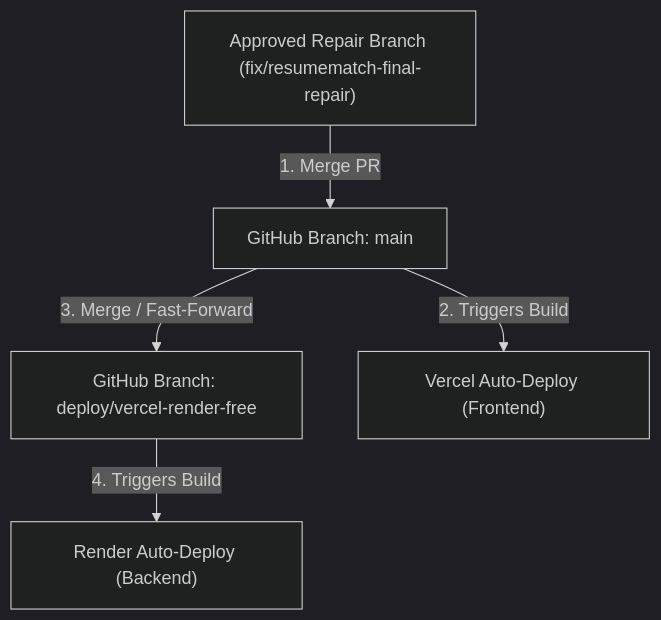
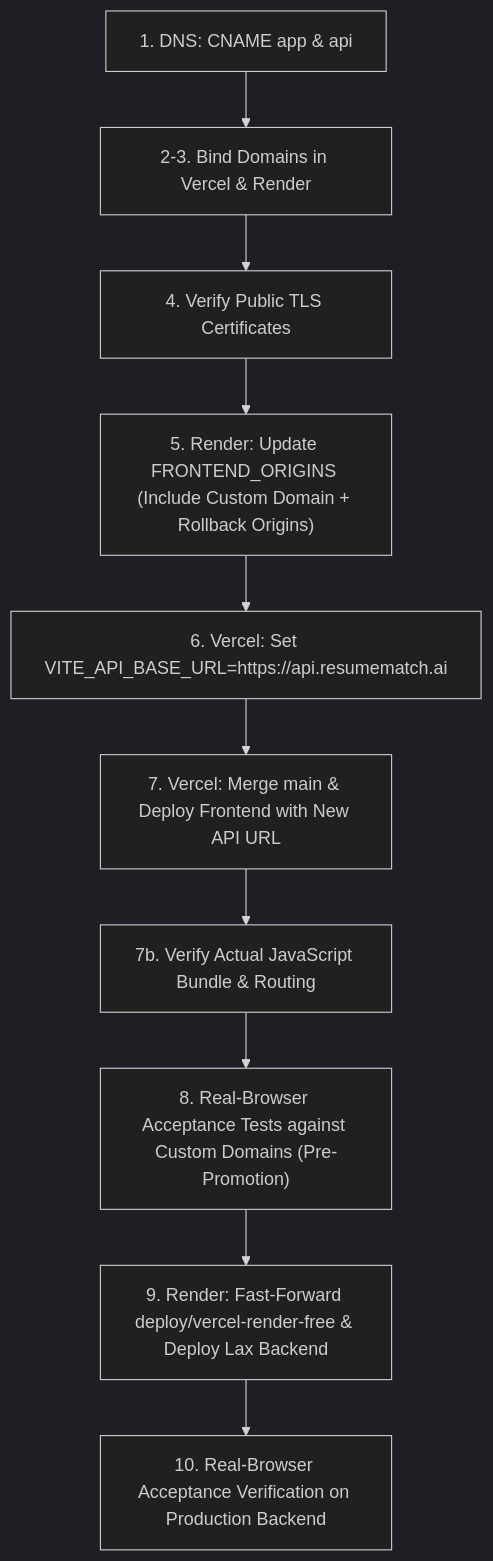
The diagram in reports/phase7/PHASE7_PRODUCTION_READINESS.md (Harsha1704/ResumeMatch_AI), drawn with Mermaid (dark theme) before and after one commit. The commit also changed other lines of this file and 10 other files, not shown here.

````diff
--- a/reports/phase7/PHASE7_PRODUCTION_READINESS.md
+++ b/reports/phase7/PHASE7_PRODUCTION_READINESS.md
@@ -114,13 +143,12 @@
 ```mermaid
 flowchart TD
-    RepairBranch["Approved Repair Branch (fix/resumematch-final-repair)"]
-    MainBranch["GitHub Branch: main"]
-    RenderBranch["GitHub Branch: deploy/vercel-render-free"]
-    VercelDeploy["Vercel Auto-Deploy (Frontend)"]
-    RenderDeploy["Render Auto-Deploy (Backend)"]
-    
-    RepairBranch -->|1. Merge PR| MainBranch
-    MainBranch -->|2. Triggers Build| VercelDeploy
-    MainBranch -->|3. Merge / Fast-Forward| RenderBranch
-    RenderBranch -->|4. Triggers Build| RenderDeploy
+    DNS["1. DNS: CNAME app & api"] --> BindDomains["2-3. Bind Domains in Vercel & Render"]
+    BindDomains --> TLS["4. Verify Public TLS Certificates"]
+    TLS --> RenderCORS["5. Render: Update FRONTEND_ORIGINS (Include Custom Domain + Rollback Origins)"]
+    RenderCORS --> VercelEnv["6. Vercel: Set VITE_API_BASE_URL=https://api.resumematch.ai"]
+    VercelEnv --> FrontendDeploy["7. Vercel: Merge main & Deploy Frontend with New API URL"]
+    FrontendDeploy --> RoutingCheck["7b. Verify Actual JavaScript Bundle & Routing"]
+    RoutingCheck --> AcceptancePre["8. Real-Browser Acceptance Tests against Custom Domains (Pre-Promotion)"]
+    AcceptancePre --> BackendPromotion["9. Render: Fast-Forward deploy/vercel-render-free & Deploy Lax Backend"]
+    BackendPromotion --> AcceptancePost["10. Real-Browser Acceptance Verification on Production Backend"]
 ```
````
